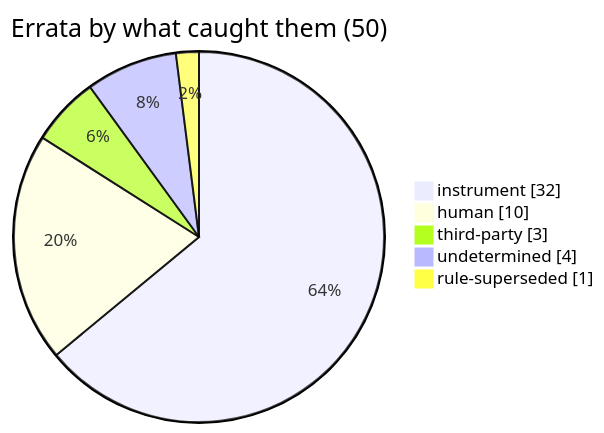
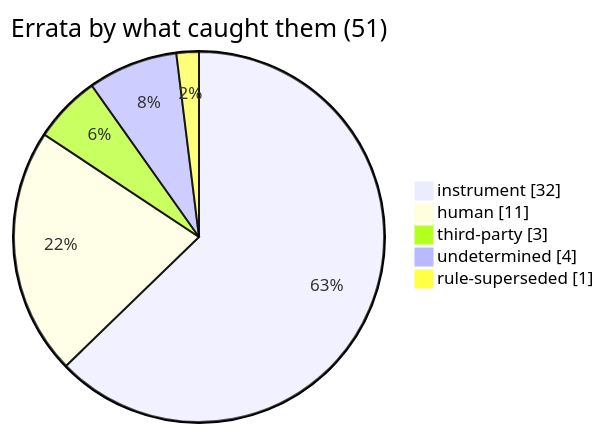
One commit to avp9-nexus/nexus-art changed the diagram in ERRATA.md. Above: the diagram before and after it, drawn with Mermaid. The commit also changed other lines of this file and 1 other file, not shown here.

Commit message:
Regenerate the errata register: 51 rows, E51 added

````diff
--- a/ERRATA.md
+++ b/ERRATA.md
@@ -14,9 +14,9 @@
 ```mermaid
 pie showData
-    title Errata by what caught them (50)
+    title Errata by what caught them (51)
     "instrument" : 32
-    "human" : 10
+    "human" : 11
     "third-party" : 3
     "undetermined" : 4
     "rule-superseded" : 1
 ```
````
